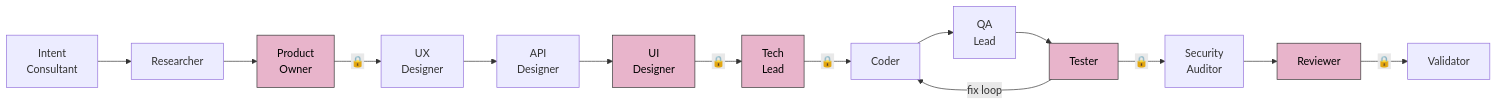
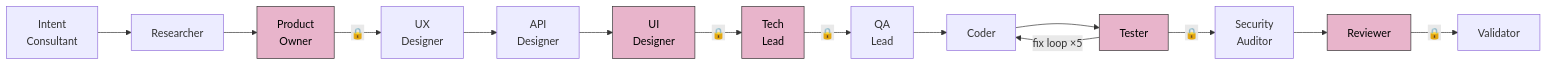
One commit to ZB-ur/mosaicat changed the first of 3 diagrams in README.md. Above: the diagram before and after it, drawn with Mermaid. The commit also changed other lines of this file and 3 other files, not shown here.

````diff
--- a/README.md
+++ b/README.md
@@ -171,22 +182,22 @@
 ```mermaid
 graph LR
     IC[Intent<br/>Consultant] --> R[Researcher]
     R --> PO[Product<br/>Owner]
     PO -->|"🔒"| UX[UX<br/>Designer]
     UX --> API[API<br/>Designer]
     API --> UI[UI<br/>Designer]
     UI -->|"🔒"| TL[Tech<br/>Lead]
-    TL -->|"🔒"| C[Coder]
-    C --> QA[QA<br/>Lead]
-    QA --> T[Tester]
-    T -->|"fix loop"| C
+    TL -->|"🔒"| QA[QA<br/>Lead]
+    QA --> C[Coder]
+    C --> T[Tester]
+    T -->|"fix loop ×5"| C
     T -->|"🔒"| SA[Security<br/>Auditor]
     SA --> RV[Reviewer]
     RV -->|"🔒"| V[Validator]
 
     style PO fill:#e8b4cb,stroke:#333,color:#000
     style UI fill:#e8b4cb,stroke:#333,color:#000
     style TL fill:#e8b4cb,stroke:#333,color:#000
     style T fill:#e8b4cb,stroke:#333,color:#000
     style RV fill:#e8b4cb,stroke:#333,color:#000
 ```
````
